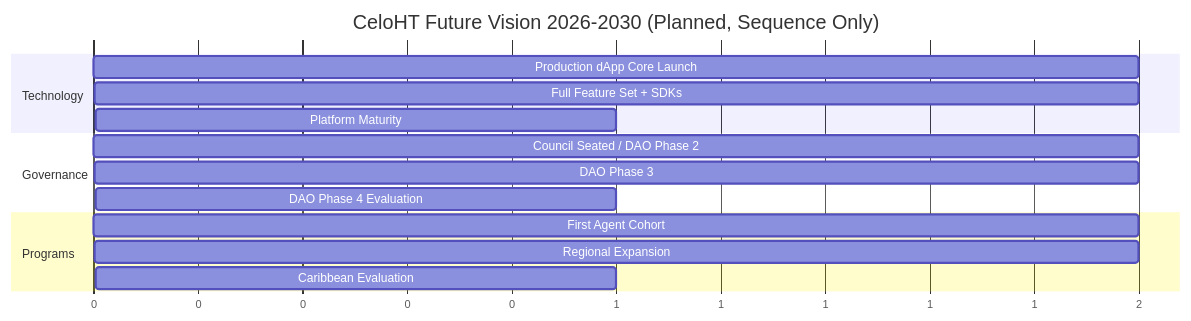
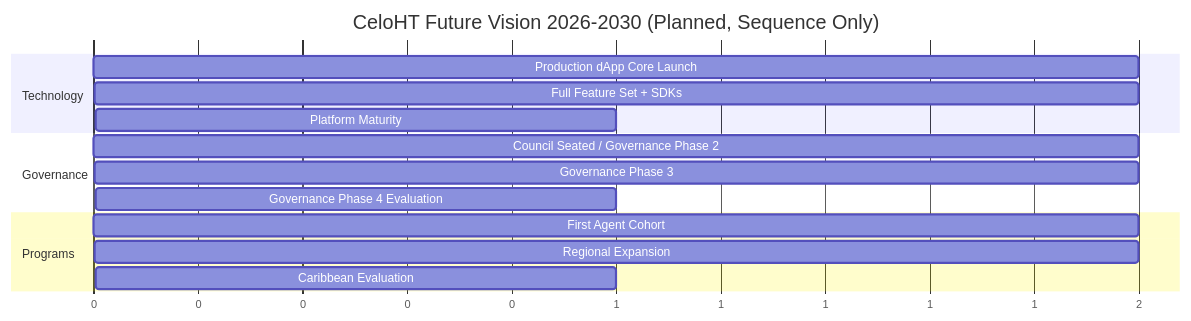
One commit to Celo-HaiTi/CeloHT changed the seventh of 8 diagrams in ROADMAP_2022_2026.md. Above: the diagram before and after it, drawn with Mermaid. The commit also changed other lines of this file and 12 other files, not shown here.

````diff
--- a/ROADMAP_2022_2026.md
+++ b/ROADMAP_2022_2026.md
@@ -1091,18 +1091,18 @@
 ```mermaid
 gantt
     dateFormat  X
     axisFormat %s
     title CeloHT Future Vision 2026-2030 (Planned, Sequence Only)
     section Technology
     Production dApp Core Launch      :a1, 0, 2
     Full Feature Set + SDKs          :a2, 2, 2
     Platform Maturity                :a3, 4, 1
     section Governance
-    Council Seated / DAO Phase 2     :a4, 0, 2
-    DAO Phase 3                      :a5, 2, 2
-    DAO Phase 4 Evaluation           :a6, 4, 1
+    Council Seated / Governance Phase 2     :a4, 0, 2
+    Governance Phase 3                      :a5, 2, 2
+    Governance Phase 4 Evaluation           :a6, 4, 1
     section Programs
     First Agent Cohort               :a7, 0, 2
     Regional Expansion               :a8, 2, 2
     Caribbean Evaluation             :a9, 4, 1
 ```
````
